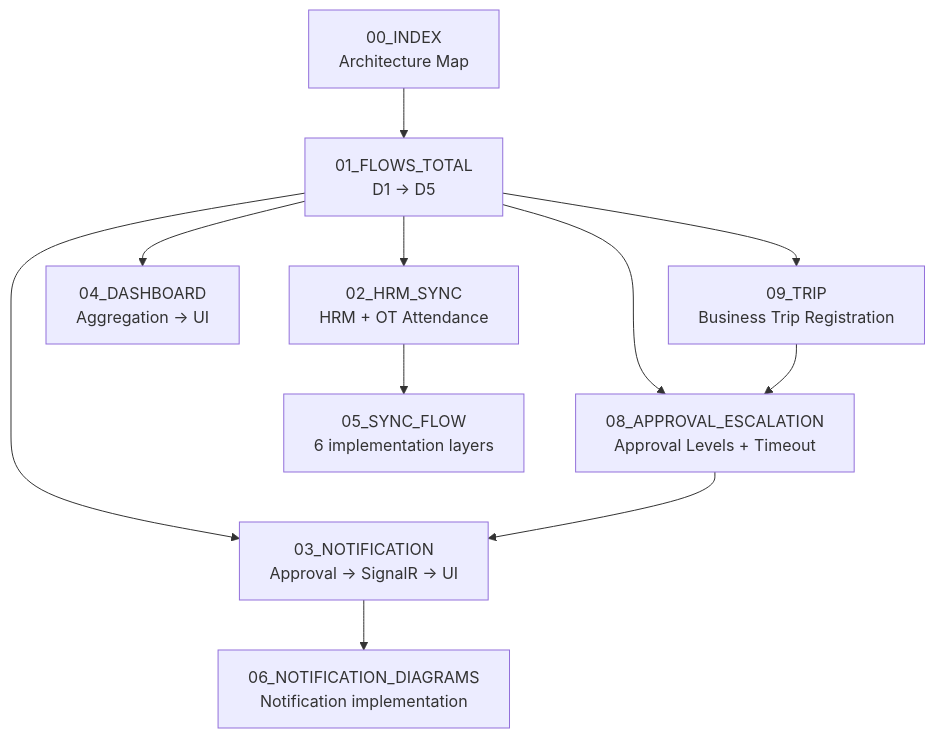
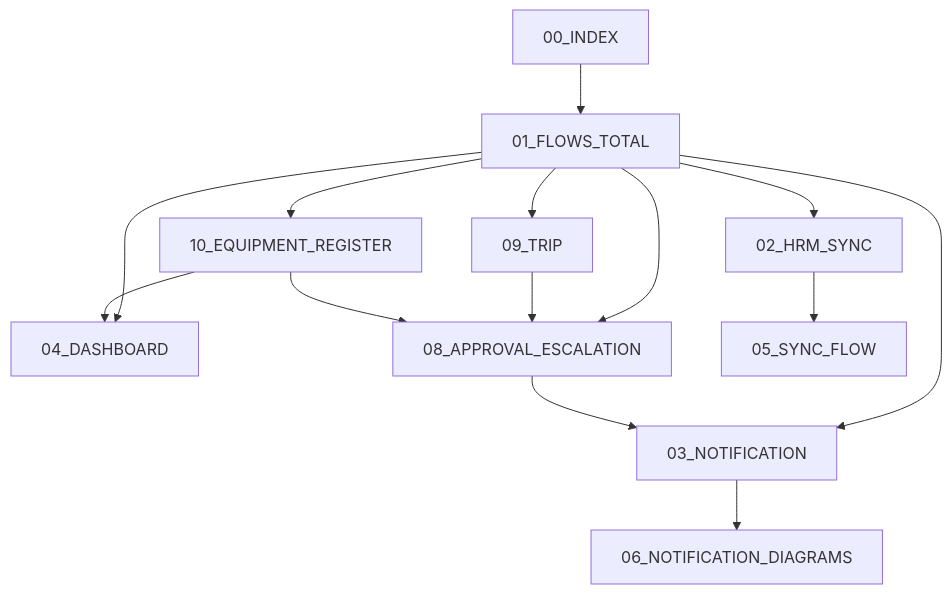
The first of 4 diagrams in MÔ HÌNH/00_INDEX.md (Nang0559/Reggister), drawn with Mermaid before and after one commit. The commit also changed other lines of this file, not shown here.

Commit message:
docs: add equipment module to architecture index

````diff
--- a/MÔ HÌNH/00_INDEX.md
+++ b/MÔ HÌNH/00_INDEX.md
@@ -9,13 +5,16 @@
 ```mermaid
 flowchart TD
-    A[00_INDEX<br/>Architecture Map] --> B[01_FLOWS_TOTAL<br/>D1 → D5]
-    B --> C[02_HRM_SYNC<br/>HRM + OT Attendance]
-    B --> D[03_NOTIFICATION<br/>Approval → SignalR → UI]
-    B --> E[04_DASHBOARD<br/>Aggregation → UI]
-    B --> F[08_APPROVAL_ESCALATION<br/>Approval Levels + Timeout]
-    B --> G[09_TRIP<br/>Business Trip Registration]
-    C --> H[05_SYNC_FLOW<br/>6 implementation layers]
-    D --> I[06_NOTIFICATION_DIAGRAMS<br/>Notification implementation]
-    F --> D
-    G --> F
+ A[00_INDEX] --> B[01_FLOWS_TOTAL]
+ B --> C[02_HRM_SYNC]
+ B --> D[03_NOTIFICATION]
+ B --> E[04_DASHBOARD]
+ B --> F[08_APPROVAL_ESCALATION]
+ B --> G[09_TRIP]
+ B --> H[10_EQUIPMENT_REGISTER]
+ C --> I[05_SYNC_FLOW]
+ D --> J[06_NOTIFICATION_DIAGRAMS]
+ F --> D
+ G --> F
+ H --> F
+ H --> E
 ```
````
